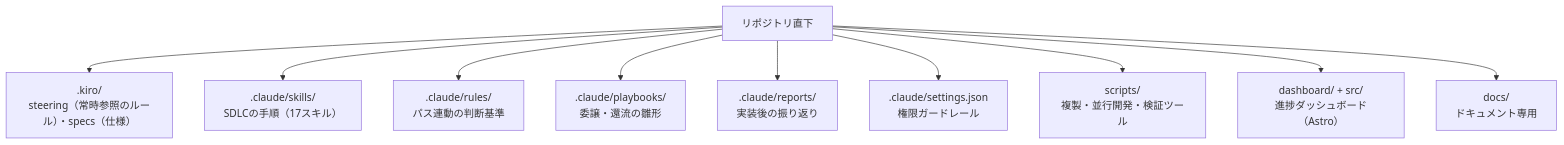
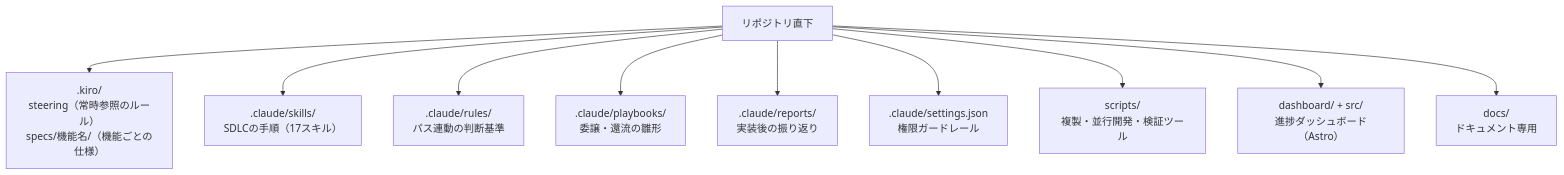
One commit to kumamoto-kouki/conductor-sdlc-template changed the fifth of 5 diagrams in README.md. Above: the diagram before and after it, drawn with Mermaid. The commit also changed other lines of this file and 2 other files, not shown here.

Commit message:
fix: v0.4.0レビューの非ブロッキング3件を是正（NaN誤検知文言・README具体名・verify表示順）

````diff
--- a/README.md
+++ b/README.md
@@ -113,13 +113,13 @@
 ```mermaid
 flowchart TD
     ROOT["リポジトリ直下"]
-    ROOT --> KIRO[".kiro/<br/>steering（常時参照のルール）・specs（仕様）"]
+    ROOT --> KIRO[".kiro/<br/>steering（常時参照のルール）<br/>specs/機能名/（機能ごとの仕様）"]
     ROOT --> SKILLS[".claude/skills/<br/>SDLCの手順（17スキル）"]
     ROOT --> RULESD[".claude/rules/<br/>パス連動の判断基準"]
     ROOT --> PLAYBOOKS[".claude/playbooks/<br/>委譲・還流の雛形"]
     ROOT --> REPORTSD[".claude/reports/<br/>実装後の振り返り"]
     ROOT --> SETTINGSD[".claude/settings.json<br/>権限ガードレール"]
     ROOT --> SCRIPTSD["scripts/<br/>複製・並行開発・検証ツール"]
     ROOT --> DASHBOARDD["dashboard/ + src/<br/>進捗ダッシュボード（Astro）"]
     ROOT --> DOCSD["docs/<br/>ドキュメント専用"]
 ```
````
